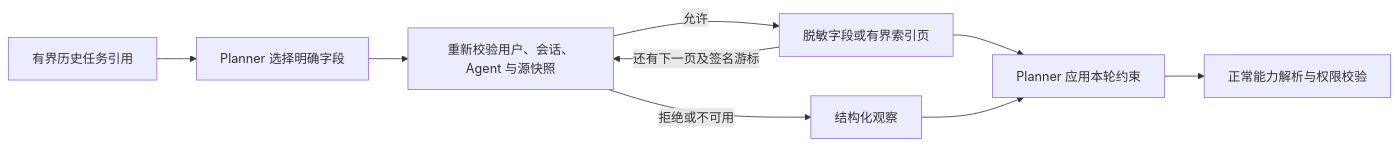
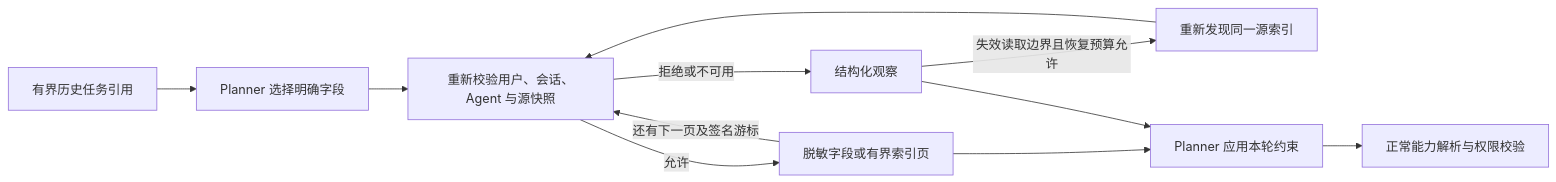
Before and after one commit to MatrixCoreX/RustClaw: the first of 5 diagrams in docs/architecture/03-task-state-context.zh-CN.md, drawn with Mermaid. The commit also changed other lines of this file and 39 other files, not shown here.

````diff
--- a/docs/architecture/03-task-state-context.zh-CN.md
+++ b/docs/architecture/03-task-state-context.zh-CN.md
@@ -47,11 +60,13 @@
 ```mermaid
 flowchart LR
     A[有界历史任务引用] --> B[Planner 选择明确字段]
     B --> C[重新校验用户、会话、Agent 与源快照]
     C -->|允许| D[脱敏字段或有界索引页]
     D -->|还有下一页及签名游标| C
     C -->|拒绝或不可用| E[结构化观察]
+    E -->|失效读取边界且恢复预算允许| R[重新发现同一源索引]
+    R --> C
     D --> F[Planner 应用本轮约束]
     F --> G[正常能力解析与权限校验]
     E --> F
 ```
````
